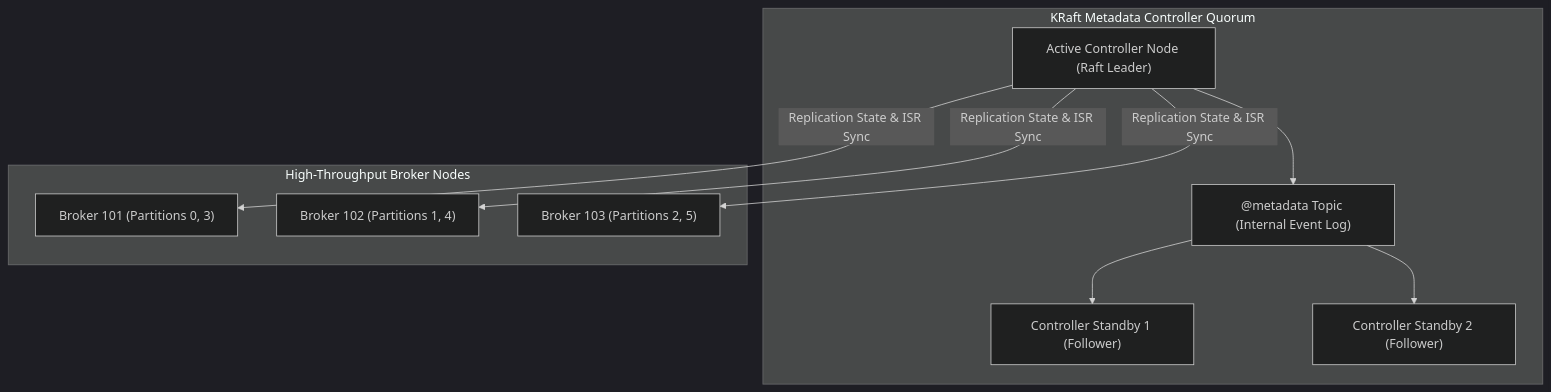
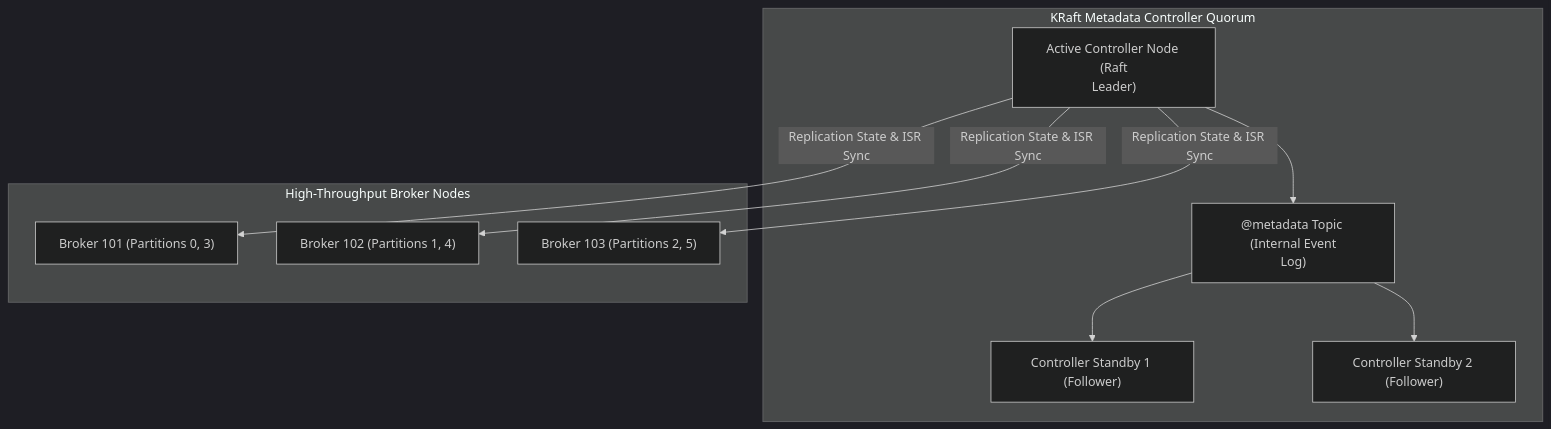
One commit to santoshjammi29/streaming-handbook changed the second of 2 diagrams in architectures/01_kafka_storage_internals_and_consumer_groups.md. Above: the diagram before and after it, drawn with Mermaid (dark theme). The commit also changed other lines of this file and 11 other files, not shown here.

Commit message:
fix(diagrams): word-wrap labels and escape comparison operators across all diagrams

````diff
--- a/architectures/01_kafka_storage_internals_and_consumer_groups.md
+++ b/architectures/01_kafka_storage_internals_and_consumer_groups.md
@@ -91,19 +91,19 @@
 ```mermaid
 flowchart TD
     subgraph KRaftQuorum["KRaft Metadata Controller Quorum"]
-        ActiveController["Active Controller Node (Raft Leader)"]
+        ActiveController["Active Controller Node (Raft<br/>Leader)"]
         Follower1["Controller Standby 1 (Follower)"]
         Follower2["Controller Standby 2 (Follower)"]
-        MetaTopic["@metadata Topic (Internal Event Log)"]
+        MetaTopic["@metadata Topic (Internal Event<br/>Log)"]
     end
 
     subgraph BrokerFleet["High-Throughput Broker Nodes"]
         B1["Broker 101 (Partitions 0, 3)"]
         B2["Broker 102 (Partitions 1, 4)"]
         B3["Broker 103 (Partitions 2, 5)"]
     end
 
     ActiveController --> MetaTopic
     MetaTopic --> Follower1 & Follower2
-    ActiveController -->|Replication State & ISR Sync| B1 & B2 & B3
+    ActiveController -->|"Replication State & ISR Sync"| B1 & B2 & B3
 ```
````
